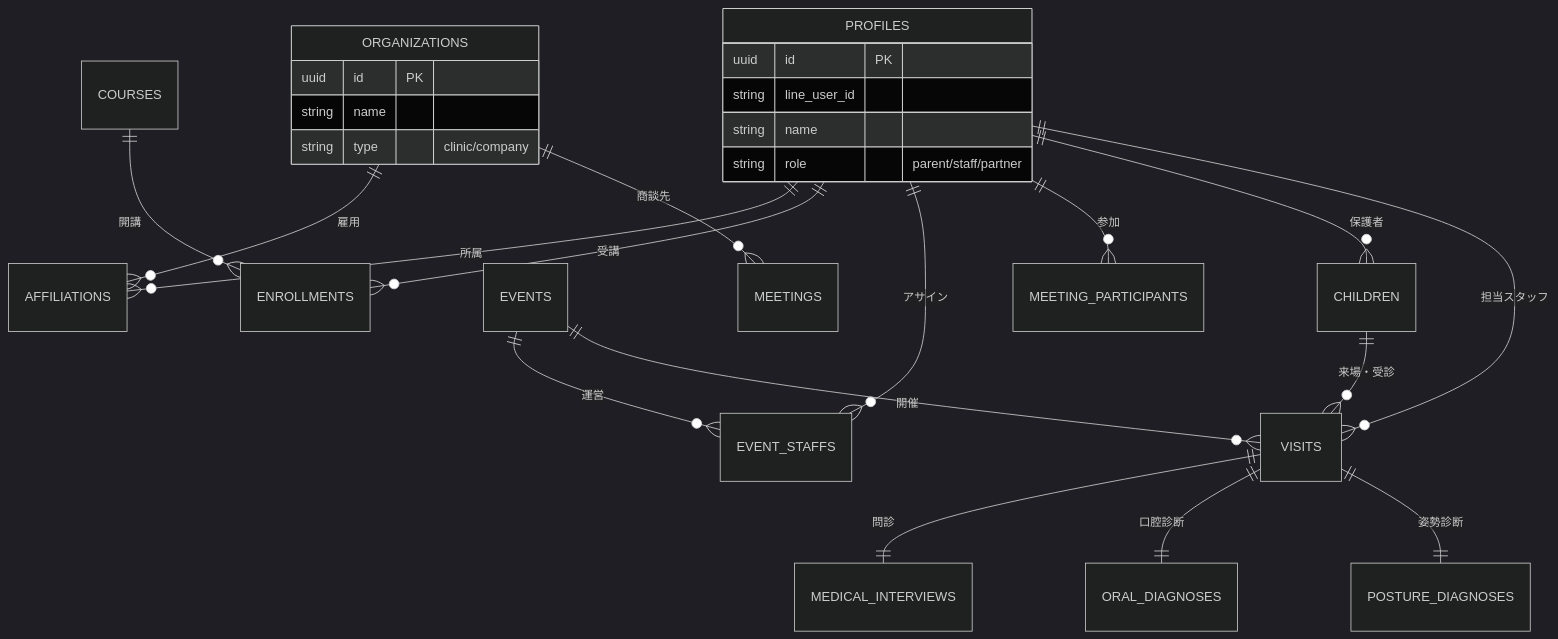
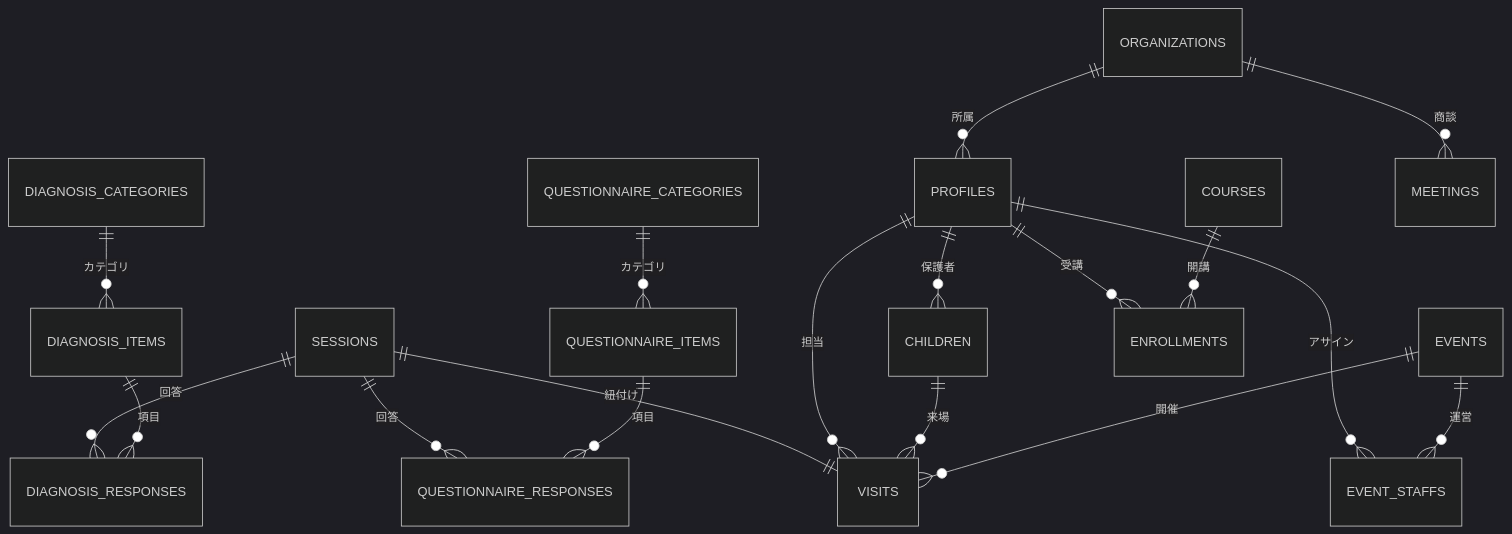
Before and after one commit to Ks-Classic/cOralup-yourTIME: the diagram in docs/designe/06-DB設計書.md, drawn with Mermaid (dark theme). The commit also changed other lines of this file and 80 other files, not shown here.

````diff
--- a/docs/designe/06-DB設計書.md
+++ b/docs/designe/06-DB設計書.md
@@ -17,37 +67,28 @@
 ```mermaid
 erDiagram
+    %% マスタ管理
+    DIAGNOSIS_CATEGORIES ||--o{ DIAGNOSIS_ITEMS : "カテゴリ"
+    QUESTIONNAIRE_CATEGORIES ||--o{ QUESTIONNAIRE_ITEMS : "カテゴリ"
+    
     %% Core Domain
-    PROFILES ||--o{ AFFILIATIONS : "所属"
-    ORGANIZATIONS ||--o{ AFFILIATIONS : "雇用"
-    PROFILES {
-        uuid id PK
-        string line_user_id
-        string name
-        string role "parent/staff/partner"
-    }
-    ORGANIZATIONS {
-        uuid id PK
-        string name
-        string type "clinic/company"
-    }
-
-    %% Education Domain
-    COURSES ||--o{ ENROLLMENTS : "開講"
-    PROFILES ||--o{ ENROLLMENTS : "受講"
+    ORGANIZATIONS ||--o{ PROFILES : "所属"
+    PROFILES ||--o{ CHILDREN : "保護者"
+    
+    %% Clinical Domain
+    EVENTS ||--o{ VISITS : "開催"
+    CHILDREN ||--o{ VISITS : "来場"
+    PROFILES ||--o{ VISITS : "担当"
+    SESSIONS ||--|| VISITS : "紐付け"
+    
+    DIAGNOSIS_ITEMS ||--o{ DIAGNOSIS_RESPONSES : "項目"
+    QUESTIONNAIRE_ITEMS ||--o{ QUESTIONNAIRE_RESPONSES : "項目"
+    SESSIONS ||--o{ DIAGNOSIS_RESPONSES : "回答"
+    SESSIONS ||--o{ QUESTIONNAIRE_RESPONSES : "回答"
     
     %% CRM Domain
     EVENTS ||--o{ EVENT_STAFFS : "運営"
     PROFILES ||--o{ EVENT_STAFFS : "アサイン"
-    ORGANIZATIONS ||--o{ MEETINGS : "商談先"
-    PROFILES ||--o{ MEETING_PARTICIPANTS : "参加"
-
-    %% Clinical Domain
-    PROFILES ||--o{ CHILDREN : "保護者"
-    CHILDREN ||--o{ VISITS : "来場・受診"
-    EVENTS ||--o{ VISITS : "開催"
-    PROFILES ||--o{ VISITS : "担当スタッフ"
-    
-    VISITS ||--|| MEDICAL_INTERVIEWS : "問診"
-    VISITS ||--|| ORAL_DIAGNOSES : "口腔診断"
-    VISITS ||--|| POSTURE_DIAGNOSES : "姿勢診断"
+    COURSES ||--o{ ENROLLMENTS : "開講"
+    PROFILES ||--o{ ENROLLMENTS : "受講"
+    ORGANIZATIONS ||--o{ MEETINGS : "商談"
 ```
````
